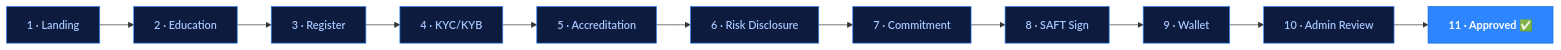
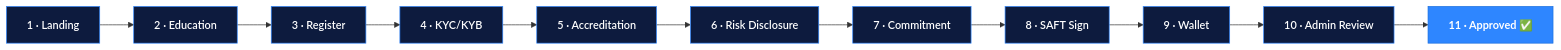
The diagram in docs/investor-onboarding.md (Gur-noor/Property-United), drawn with Mermaid before and after one commit. The commit also changed other lines of this file and 14 other files, not shown here.

````diff
--- a/docs/investor-onboarding.md
+++ b/docs/investor-onboarding.md
@@ -38,12 +38,12 @@
 ```mermaid
 flowchart LR
     S1["1 · Landing"] --> S2["2 · Education"] --> S3["3 · Register"]
     S3 --> S4["4 · KYC/KYB"] --> S5["5 · Accreditation"] --> S6["6 · Risk Disclosure"]
     S6 --> S7["7 · Commitment"] --> S8["8 · SAFT Sign"] --> S9["9 · Wallet"]
     S9 --> S10["10 · Admin Review"] --> S11["11 · Approved ✅"]
 
-    classDef step fill:#0d1b3e,stroke:#2E86FF,color:#a8c8ff,font-weight:600;
+    classDef step fill:#0d1b3e,stroke:#2E86FF,color:#ffffff,font-weight:600;
     classDef done fill:#2E86FF,stroke:#1a6fdd,color:#fff,font-weight:bold;
     class S1,S2,S3,S4,S5,S6,S7,S8,S9,S10 step;
     class S11 done;
 ```
````
